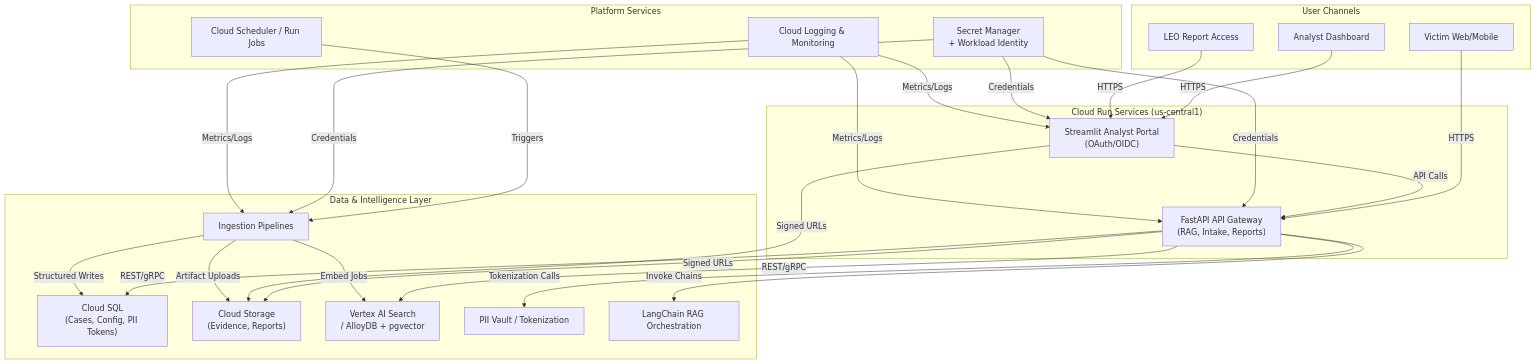
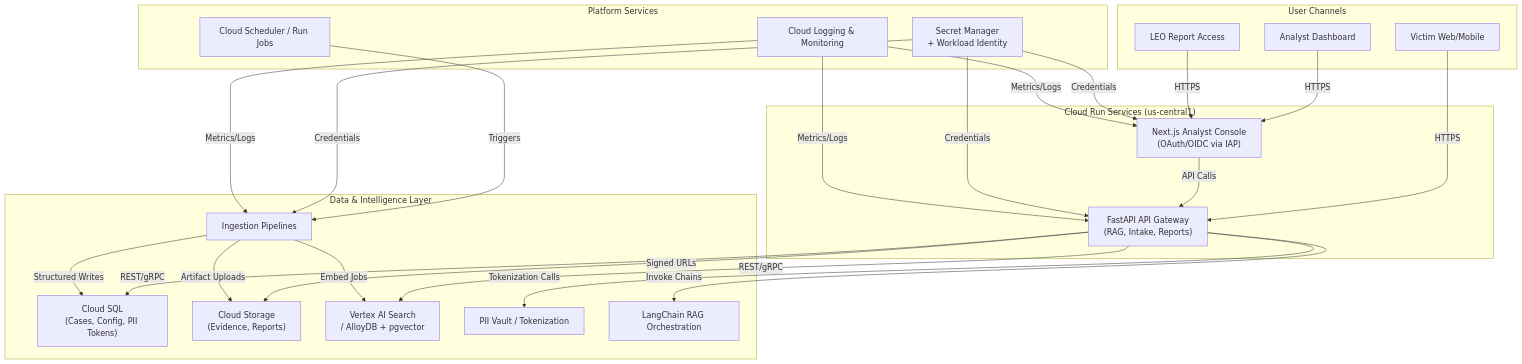
The first of 3 diagrams in docs/design/architecture.md (intelligenceforgood/core), drawn with Mermaid before and after one commit. The commit also changed other lines of this file and 26 other files, not shown here.

````diff
--- a/docs/design/architecture.md
+++ b/docs/design/architecture.md
@@ -67,53 +67,52 @@
 ```mermaid
 flowchart TB
   subgraph Users["User Channels"]
     Victim[Victim Web/Mobile]
     Analyst[Analyst Dashboard]
     LEO[LEO Report Access]
   end
 
   subgraph CloudRun["Cloud Run Services (us-central1)"]
     FastAPI["FastAPI API Gateway<br>(RAG, Intake, Reports)"]
-    Streamlit["Streamlit Analyst Portal<br>(OAuth/OIDC)"]
+    NextJS["Next.js Analyst Console<br>(OAuth/OIDC via IAP)"]
   end
 
   subgraph DataLayer["Data & Intelligence Layer"]
     CloudSQL["Cloud SQL<br>(Cases, Config, PII Tokens)"]
     Storage["Cloud Storage<br>(Evidence, Reports)"]
     Vector[Vertex AI Search<br>/ AlloyDB + pgvector]
     TokenVault[PII Vault / Tokenization]
     IngestionPipelines[Ingestion Pipelines]
     RAG[LangChain RAG Orchestration]
   end
 
   subgraph Ops["Platform Services"]
     Scheduler[Cloud Scheduler / Run Jobs]
     Secrets[Secret Manager<br> + Workload Identity]
     Telemetry[Cloud Logging & Monitoring]
   end
 
   Victim -- HTTPS --> FastAPI
-  Analyst -- HTTPS --> Streamlit
-  LEO -- HTTPS --> Streamlit
+  Analyst -- HTTPS --> NextJS
+  LEO -- HTTPS --> NextJS
 
   FastAPI -- REST/gRPC --> CloudSQL
   FastAPI -- REST/gRPC --> Vector
   FastAPI -- Signed URLs --> Storage
   FastAPI -- Tokenization Calls --> TokenVault
   FastAPI -- Invoke Chains --> RAG
 
-  Streamlit -- API Calls --> FastAPI
-  Streamlit -- Signed URLs --> Storage
+  NextJS -- API Calls --> FastAPI
 
   IngestionPipelines -- Structured Writes --> CloudSQL
   IngestionPipelines -- Artifact Uploads --> Storage
   IngestionPipelines -- Embed Jobs --> Vector
 
   Scheduler -- Triggers --> IngestionPipelines
   Secrets -- Credentials --> FastAPI
-  Secrets -- Credentials --> Streamlit
+  Secrets -- Credentials --> NextJS
   Secrets -- Credentials --> IngestionPipelines
   Telemetry -- Metrics/Logs --> FastAPI
-  Telemetry -- Metrics/Logs --> Streamlit
+  Telemetry -- Metrics/Logs --> NextJS
   Telemetry -- Metrics/Logs --> IngestionPipelines
 ```
````
